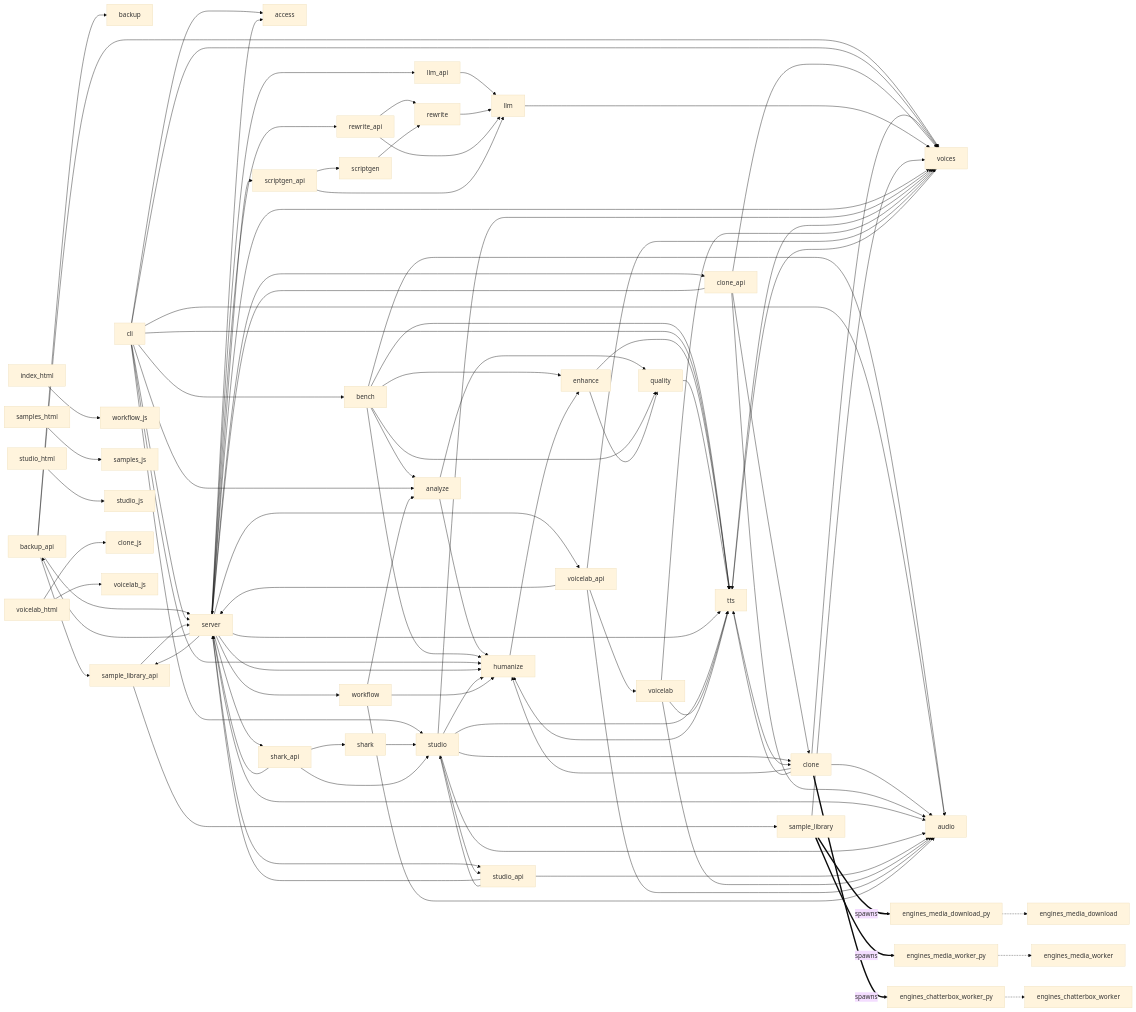
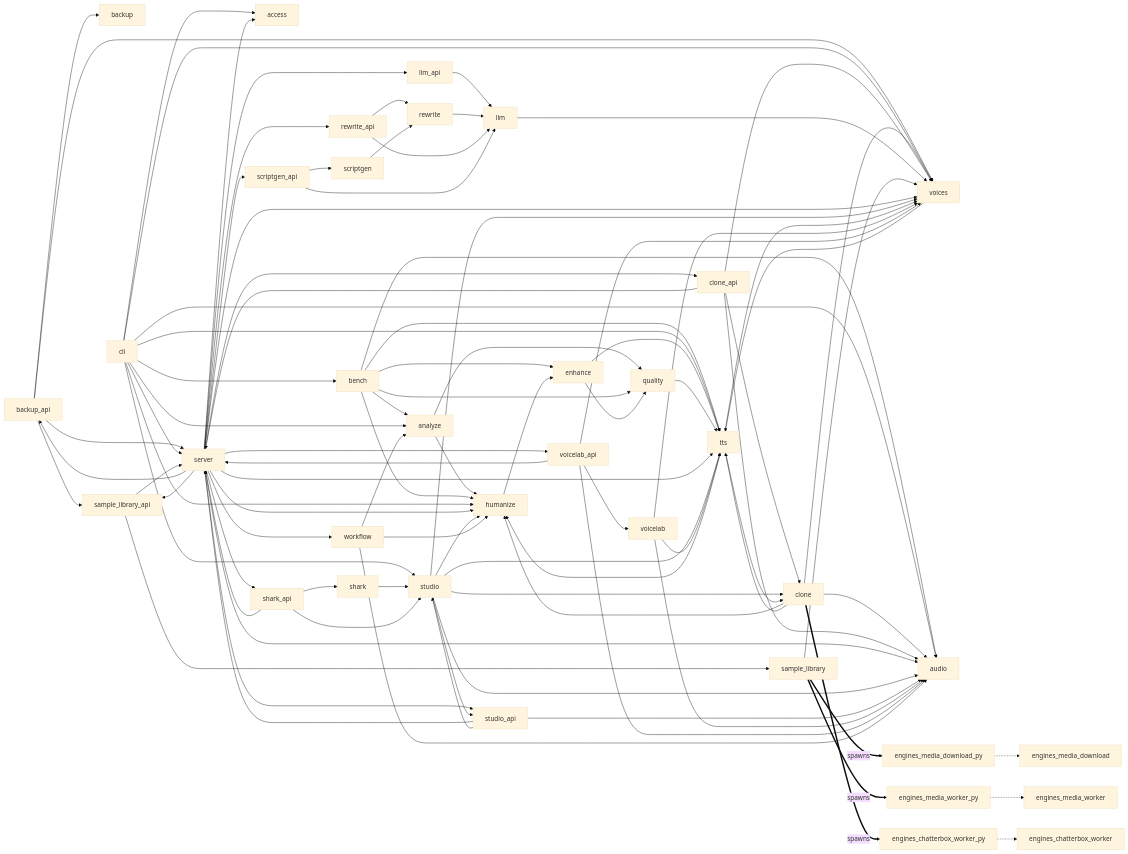
One commit to g-baskin/voice-studio changed the diagram in library/knowledge/private/codebase-graph/meta/code-graph.md. Above: the diagram before and after it, drawn with Mermaid (base theme). The commit also changed other lines of this file and 105 other files, not shown here.

````diff
--- a/library/knowledge/private/codebase-graph/meta/code-graph.md
+++ b/library/knowledge/private/codebase-graph/meta/code-graph.md
@@ -134,9 +133,4 @@
   engines_chatterbox_worker_py -.-> engines_chatterbox_worker
   engines_media_download_py -.-> engines_media_download
   engines_media_worker_py -.-> engines_media_worker
-  index_html --> workflow_js
-  samples_html --> samples_js
-  studio_html --> studio_js
-  voicelab_html --> clone_js
-  voicelab_html --> voicelab_js
 ```
````
